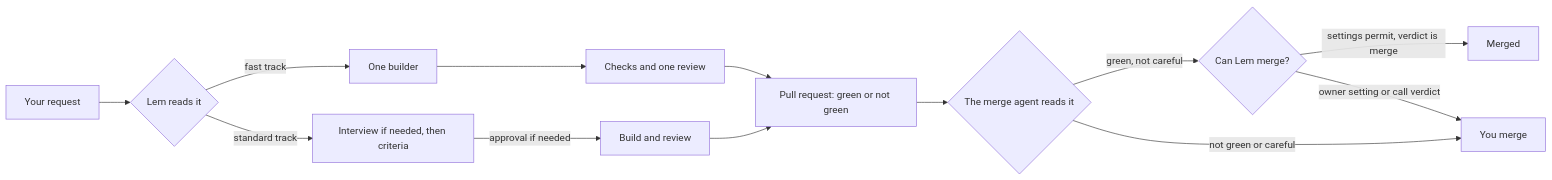
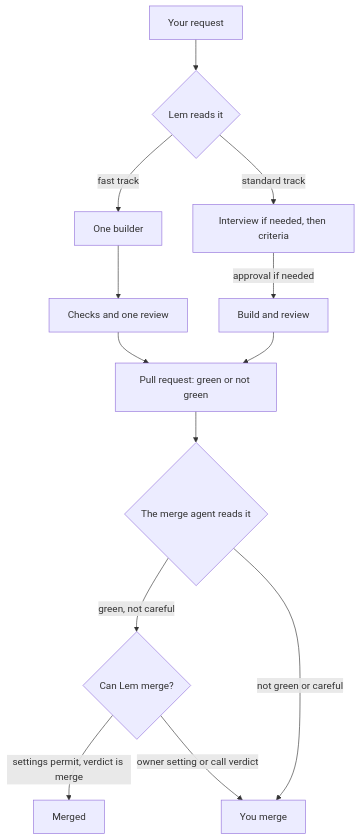
Before and after one commit to pySilver/lem: the diagram in docs/index.md, drawn with Mermaid. The commit also changed 14 other files, not shown here.

First line of the commit message:
docs(site): a lighter fog over the landing scene in light; charts top to bottom with words of at least 13 px; each actor of a transcript in its own color; who makes the push key; no HTTPS or Lem 0.3 sections; which seats take codex

````diff
--- a/docs/index.md
+++ b/docs/index.md
@@ -42,15 +42,15 @@
 ```mermaid
-flowchart LR
+flowchart TD
   request["Your request"] --> read{"Lem reads it"}
   read -->|"fast track"| builder["One builder"]
   builder --> checks["Checks and one review"]
   read -->|"standard track"| talk["Interview if needed, then criteria"]
   talk -->|"approval if needed"| build["Build and review"]
   checks --> pr["Pull request: green or not green"]
   build --> pr
   pr --> merger{"The merge agent reads it"}
   merger -->|"green, not careful"| allowed{"Can Lem merge?"}
   allowed -->|"settings permit, verdict is merge"| merged["Merged"]
   allowed -->|"owner setting or call verdict"| you["You merge"]
   merger -->|"not green or careful"| you
 ```
````
